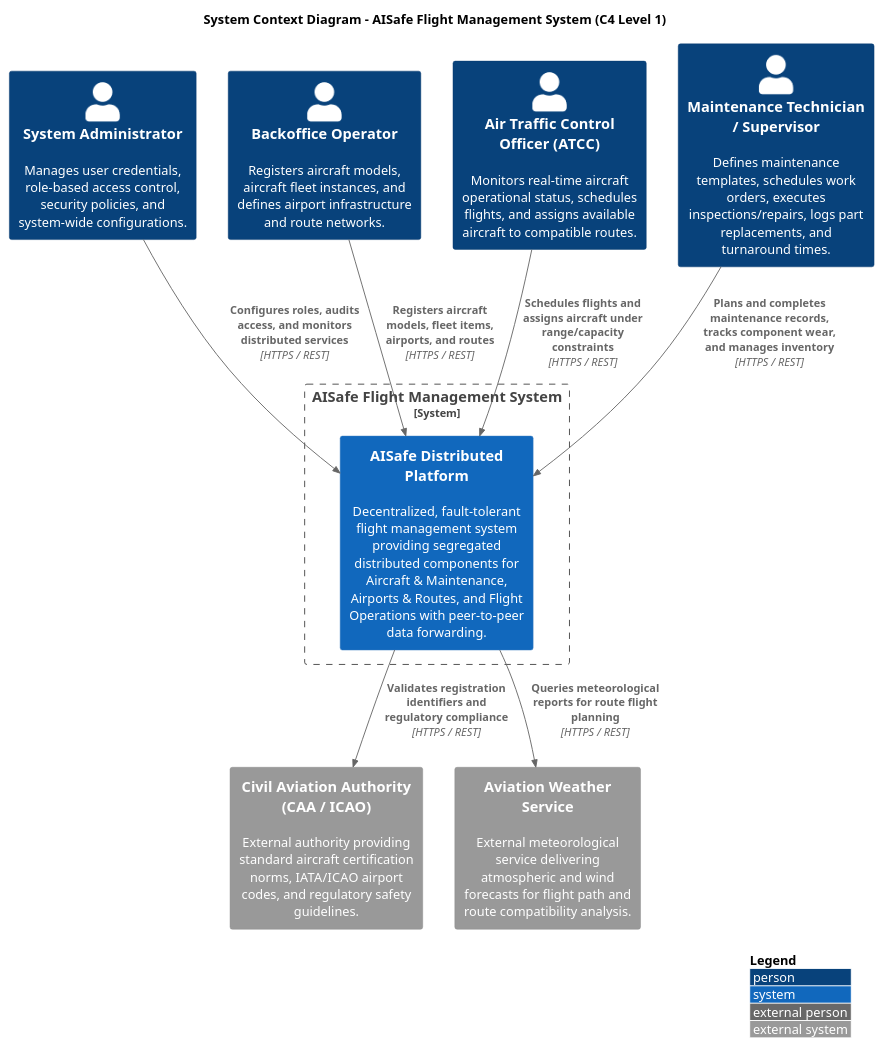
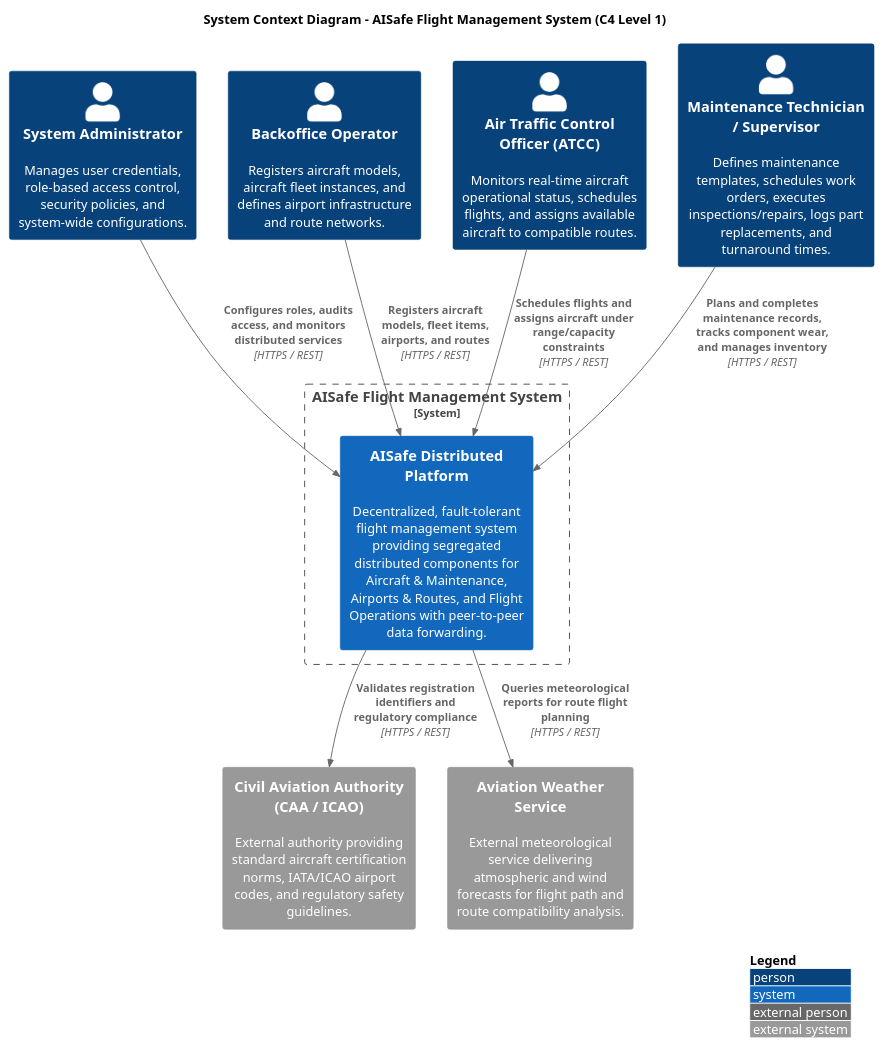
Before and after one commit to pedroguilherme-web/SISDIS_5_2DB: the diagram in design/diagrams/c4/_level1/_context.puml, drawn with PlantUML. The commit also changed 2 other files, not shown here.

Commit message:
docs(c4): optimize diagram layouts to prevent vertical stretching and rank cycles

```diff
--- a/design/diagrams/c4/_level1/_context.puml
+++ b/design/diagrams/c4/_level1/_context.puml
@@ -1,31 +1,37 @@
 @startuml _context
 !include <C4/C4_Context>
 
 ' Fallback includes for environments without local standard library
 '!include https://raw.githubusercontent.com/plantuml-stdlib/C4-PlantUML/master/C4_Context.puml
 
 LAYOUT_WITH_LEGEND()
 
 title System Context Diagram - AISafe Flight Management System (C4 Level 1)
 
 Person(admin, "System Administrator", "Manages user credentials, role-based access control, security policies, and system-wide configurations.")
 Person(bo_operator, "Backoffice Operator", "Registers aircraft models, aircraft fleet instances, and defines airport infrastructure and route networks.")
 Person(atcc, "Air Traffic Control Officer (ATCC)", "Monitors real-time aircraft operational status, schedules flights, and assigns available aircraft to compatible routes.")
 Person(technician, "Maintenance Technician / Supervisor", "Defines maintenance templates, schedules work orders, executes inspections/repairs, logs part replacements, and turnaround times.")
 
 System_Boundary(aisafe_system, "AISafe Flight Management System") {
     System(aisafe, "AISafe Distributed Platform", "Decentralized, fault-tolerant flight management system providing segregated distributed components for Aircraft & Maintenance, Airports & Routes, and Flight Operations with peer-to-peer data forwarding.")
 }
 
 System_Ext(aviation_auth, "Civil Aviation Authority (CAA / ICAO)", "External authority providing standard aircraft certification norms, IATA/ICAO airport codes, and regulatory safety guidelines.")
 System_Ext(weather_svc, "Aviation Weather Service", "External meteorological service delivering atmospheric and wind forecasts for flight path and route compatibility analysis.")
 
+' Horizontal layout alignment hints
+admin -[hidden]right- bo_operator
+bo_operator -[hidden]right- atcc
+atcc -[hidden]right- technician
+aviation_auth -[hidden]right- weather_svc
+
 Rel(admin, aisafe, "Configures roles, audits access, and monitors distributed services", "HTTPS / REST")
 Rel(bo_operator, aisafe, "Registers aircraft models, fleet items, airports, and routes", "HTTPS / REST")
 Rel(atcc, aisafe, "Schedules flights and assigns aircraft under range/capacity constraints", "HTTPS / REST")
 Rel(technician, aisafe, "Plans and completes maintenance records, tracks component wear, and manages inventory", "HTTPS / REST")
 
 Rel(aisafe, aviation_auth, "Validates registration identifiers and regulatory compliance", "HTTPS / REST")
 Rel(aisafe, weather_svc, "Queries meteorological reports for route flight planning", "HTTPS / REST")
 
 @enduml
```
